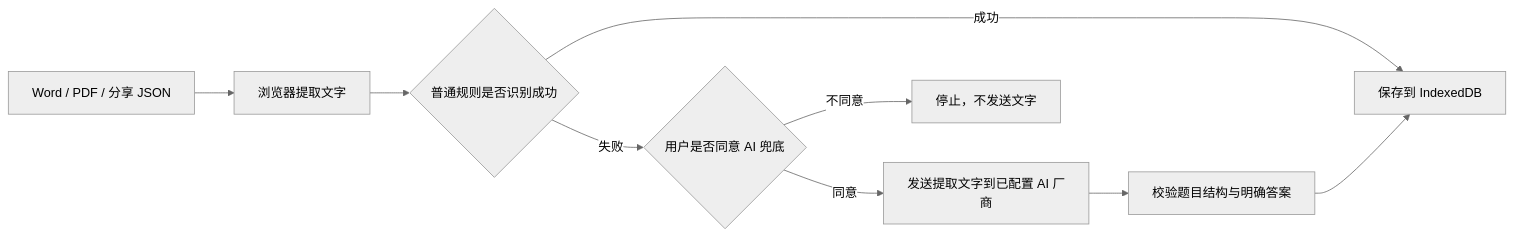
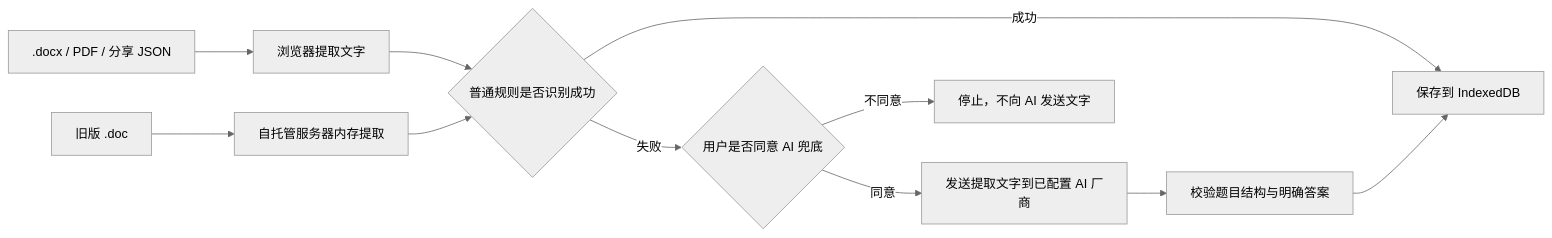
The first of 2 diagrams in README-zh.md (Sifortonzh/AveCove-Elapse), drawn with Mermaid (neutral theme) before and after one commit. The commit also changed other lines of this file and 24 other files, not shown here.

````diff
--- a/README-zh.md
+++ b/README-zh.md
@@ -112,11 +129,13 @@
 ```mermaid
 flowchart LR
-    A["Word / PDF / 分享 JSON"] --> B["浏览器提取文字"]
-    B --> C{"普通规则是否识别成功"}
-    C -->|成功| D["保存到 IndexedDB"]
-    C -->|失败| E{"用户是否同意 AI 兜底"}
-    E -->|不同意| F["停止，不发送文字"]
-    E -->|同意| G["发送提取文字到已配置 AI 厂商"]
-    G --> H["校验题目结构与明确答案"]
-    H --> D
+    A[".docx / PDF / 分享 JSON"] --> B["浏览器提取文字"]
+    C["旧版 .doc"] --> D["自托管服务器内存提取"]
+    B --> E{"普通规则是否识别成功"}
+    D --> E
+    E -->|成功| F["保存到 IndexedDB"]
+    E -->|失败| G{"用户是否同意 AI 兜底"}
+    G -->|不同意| H["停止，不向 AI 发送文字"]
+    G -->|同意| I["发送提取文字到已配置 AI 厂商"]
+    I --> J["校验题目结构与明确答案"]
+    J --> F
 ```
````
